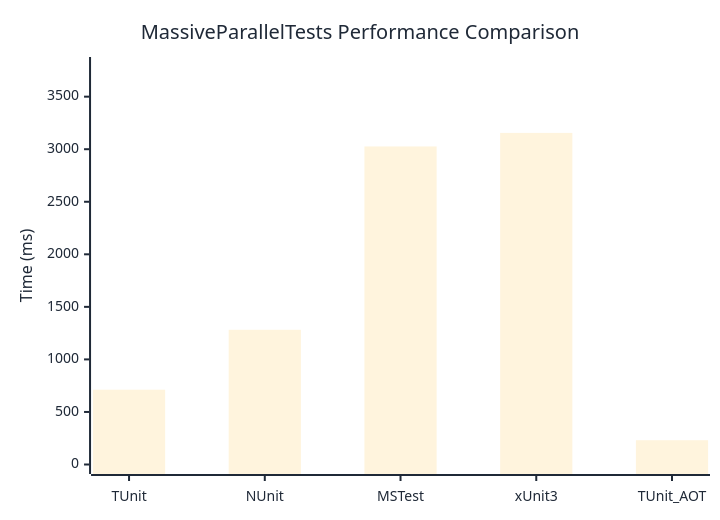
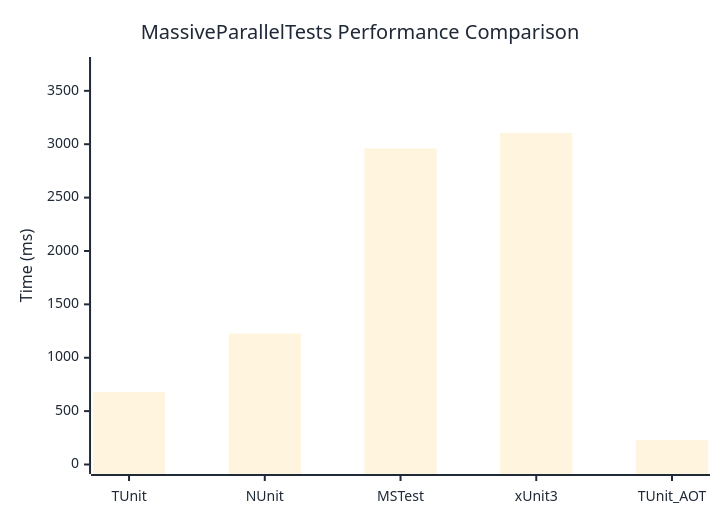
Before and after one commit to thomhurst/TUnit: the diagram in docs/docs/benchmarks/MassiveParallelTests.md, drawn with Mermaid. The commit also changed other lines of this file and 17 other files, not shown here.

````diff
--- a/docs/docs/benchmarks/MassiveParallelTests.md
+++ b/docs/docs/benchmarks/MassiveParallelTests.md
@@ -27,37 +27,37 @@
 ```mermaid
 %%{init: {
   'theme':'base',
   'themeVariables': {
     'primaryColor': '#2563eb',
     'primaryTextColor': '#1f2937',
     'primaryBorderColor': '#1e40af',
     'lineColor': '#6b7280',
     'secondaryColor': '#7c3aed',
     'tertiaryColor': '#dc2626',
     'background': '#ffffff',
     'mainBkg': '#2563eb',
     'secondBkg': '#7c3aed',
     'tertiaryBkg': '#dc2626',
     'clusterBkg': '#f3f4f6',
     'edgeLabelBackground': '#ffffff',
     'tertiaryTextColor': '#1f2937',
     'pie1': '#2563eb',
     'pie2': '#7c3aed',
     'pie3': '#dc2626',
     'pie4': '#f59e0b',
     'pie5': '#10b981',
     'pie6': '#06b6d4',
     'pie7': '#ec4899',
     'pie8': '#6366f1',
     'pie9': '#84cc16',
     'pie10': '#f97316',
     'pie11': '#14b8a6',
     'pie12': '#a855f7'
   }
 }}%%
 xychart-beta
   title "MassiveParallelTests Performance Comparison"
   x-axis ["TUnit", "NUnit", "MSTest", "xUnit3", "TUnit_AOT"]
-  y-axis "Time (ms)" 0 --> 3787
-  bar [711.6, 1281.9, 3026.4, 3155.3, 231.1]
+  y-axis "Time (ms)" 0 --> 3728
+  bar [679.4, 1226.9, 2960.4, 3105.9, 227.7]
 ```
````
